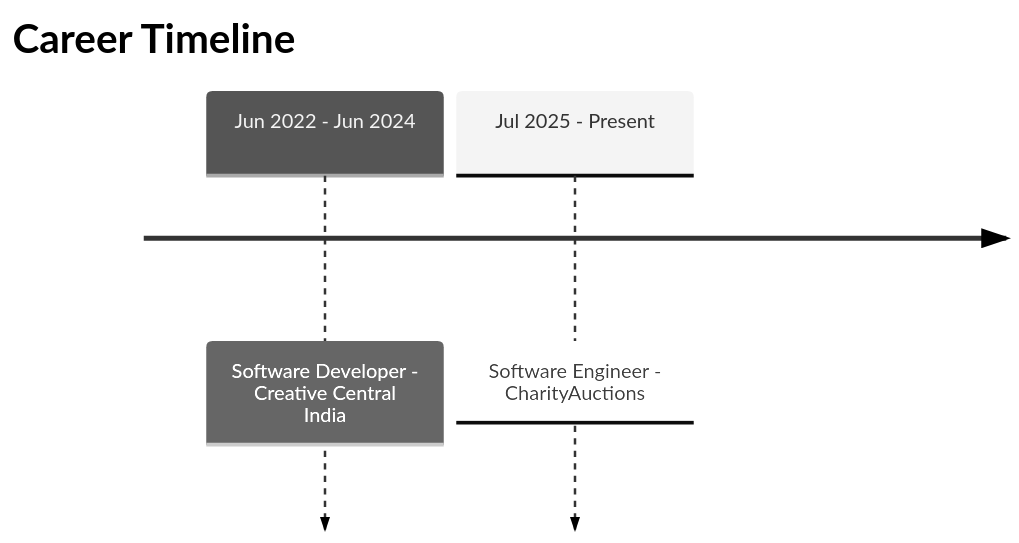
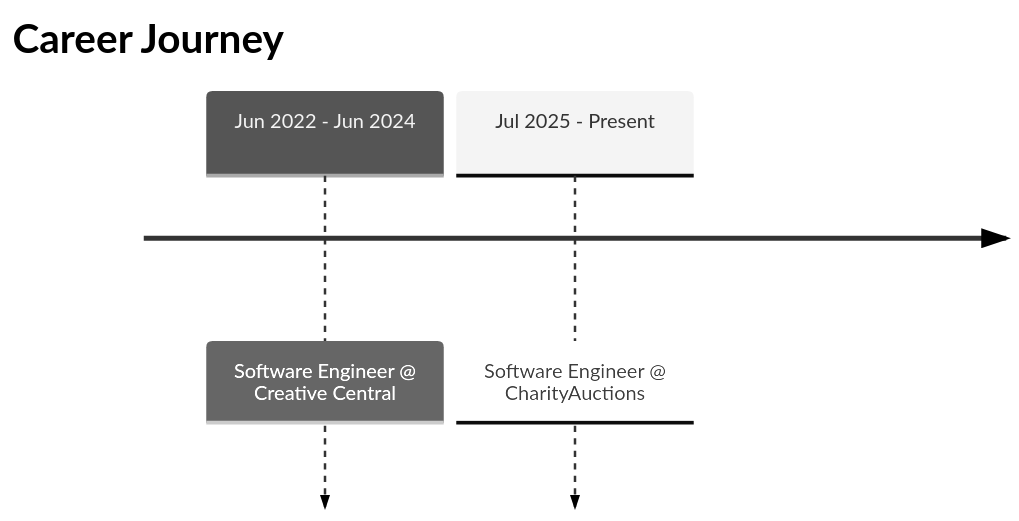
Before and after one commit to mohammad-adil-shaik/mohammad-adil-shaik: the diagram in README.md, drawn with Mermaid (neutral theme). The commit also changed other lines of this file, not shown here.

````diff
--- a/README.md
+++ b/README.md
@@ -105,6 +130,6 @@
 ```mermaid
 timeline
-    title Career Timeline
-    Jun 2022 - Jun 2024 : Software Developer - Creative Central India
-    Jul 2025 - Present   : Software Engineer - CharityAuctions
+    title Career Journey
+    Jun 2022 - Jun 2024 : Software Engineer @ Creative Central
+    Jul 2025 - Present   : Software Engineer @ CharityAuctions
 ```
````
